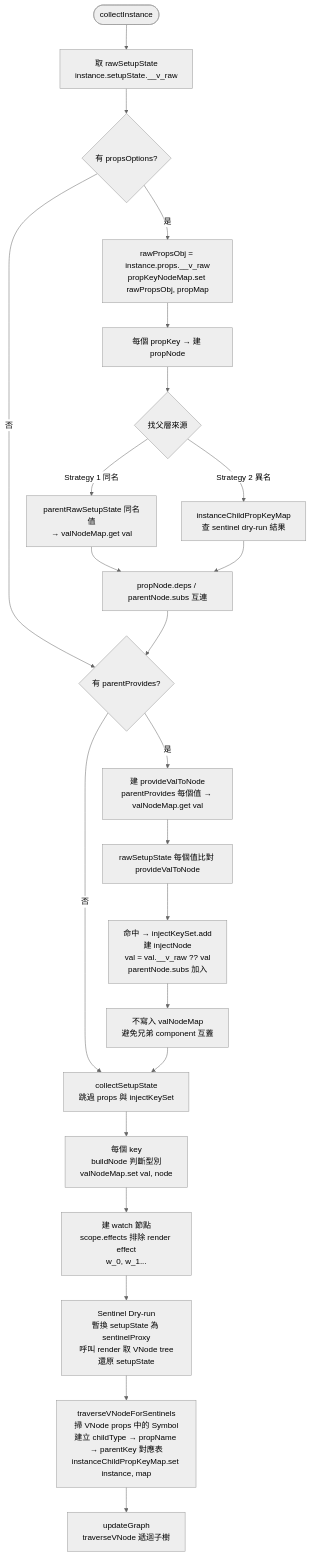
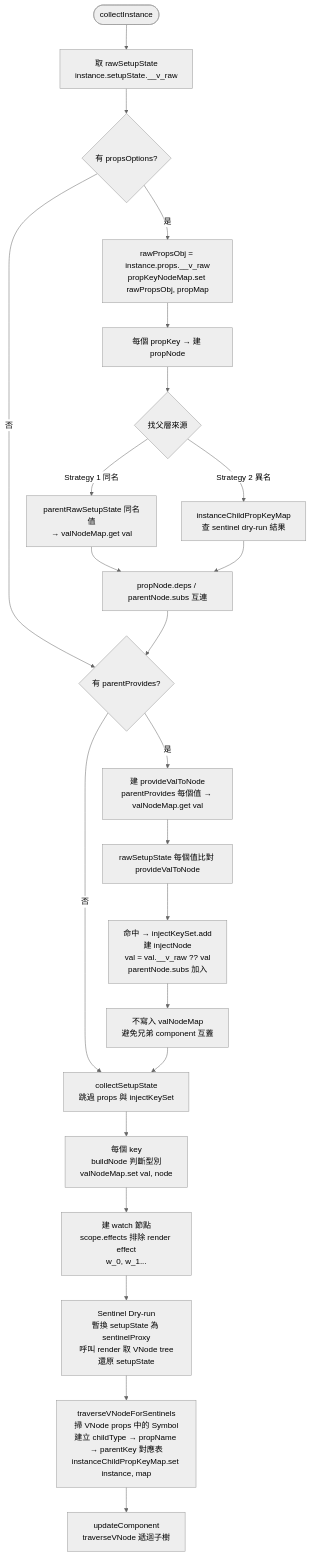
One commit to allenstu6311/Vue-reactivity-graph changed the third of 4 diagrams in ARCHITECTURE.md. Above: the diagram before and after it, drawn with Mermaid (neutral theme). The commit also changed 26 other files, not shown here.

````diff
--- a/ARCHITECTURE.md
+++ b/ARCHITECTURE.md
@@ -62,31 +62,31 @@
 ```mermaid
 graph TD
     A([collectInstance]) --> B[取 rawSetupState\ninstance.setupState.__v_raw]
 
     B --> C{有 propsOptions?}
     C -->|是| D[rawPropsObj = instance.props.__v_raw\npropKeyNodeMap.set rawPropsObj, propMap]
     D --> E[每個 propKey → 建 propNode]
     E --> F{找父層來源}
     F -->|Strategy 1 同名| G[parentRawSetupState 同名值\n→ valNodeMap.get val]
     F -->|Strategy 2 異名| H[instanceChildPropKeyMap\n查 sentinel dry-run 結果]
     G --> I[propNode.deps / parentNode.subs 互連]
     H --> I
     C -->|否| J
 
     I --> J{有 parentProvides?}
     J -->|是| K[建 provideValToNode\nparentProvides 每個值 → valNodeMap.get val]
     K --> L[rawSetupState 每個值比對 provideValToNode]
     L --> M[命中 → injectKeySet.add\n建 injectNode\nval = val.__v_raw ?? val\nparentNode.subs 加入]
     M --> N[不寫入 valNodeMap\n避免兄弟 component 互蓋]
     J -->|否| O
 
     N --> O[collectSetupState\n跳過 props 與 injectKeySet]
     O --> P[每個 key\nbuildNode 判斷型別\nvalNodeMap.set val, node]
 
     P --> Q[建 watch 節點\nscope.effects 排除 render effect\nw_0, w_1...]
 
     Q --> R[Sentinel Dry-run\n暫換 setupState 為 sentinelProxy\n呼叫 render 取 VNode tree\n還原 setupState]
     R --> S[traverseVNodeForSentinels\n掃 VNode props 中的 Symbol\n建立 childType → propName → parentKey 對應表\ninstanceChildPropKeyMap.set instance, map]
 
-    S --> T[updateGraph\ntraverseVNode 遞迴子樹]
+    S --> T[updateComponent\ntraverseVNode 遞迴子樹]
 ```
````
